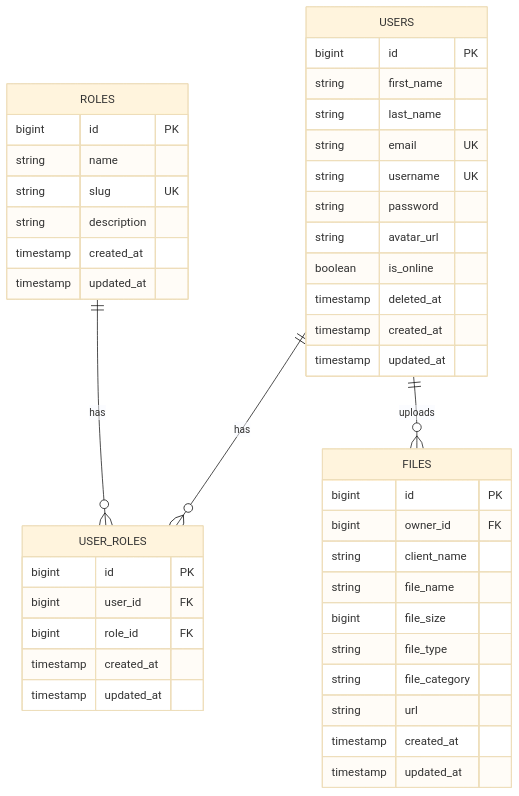
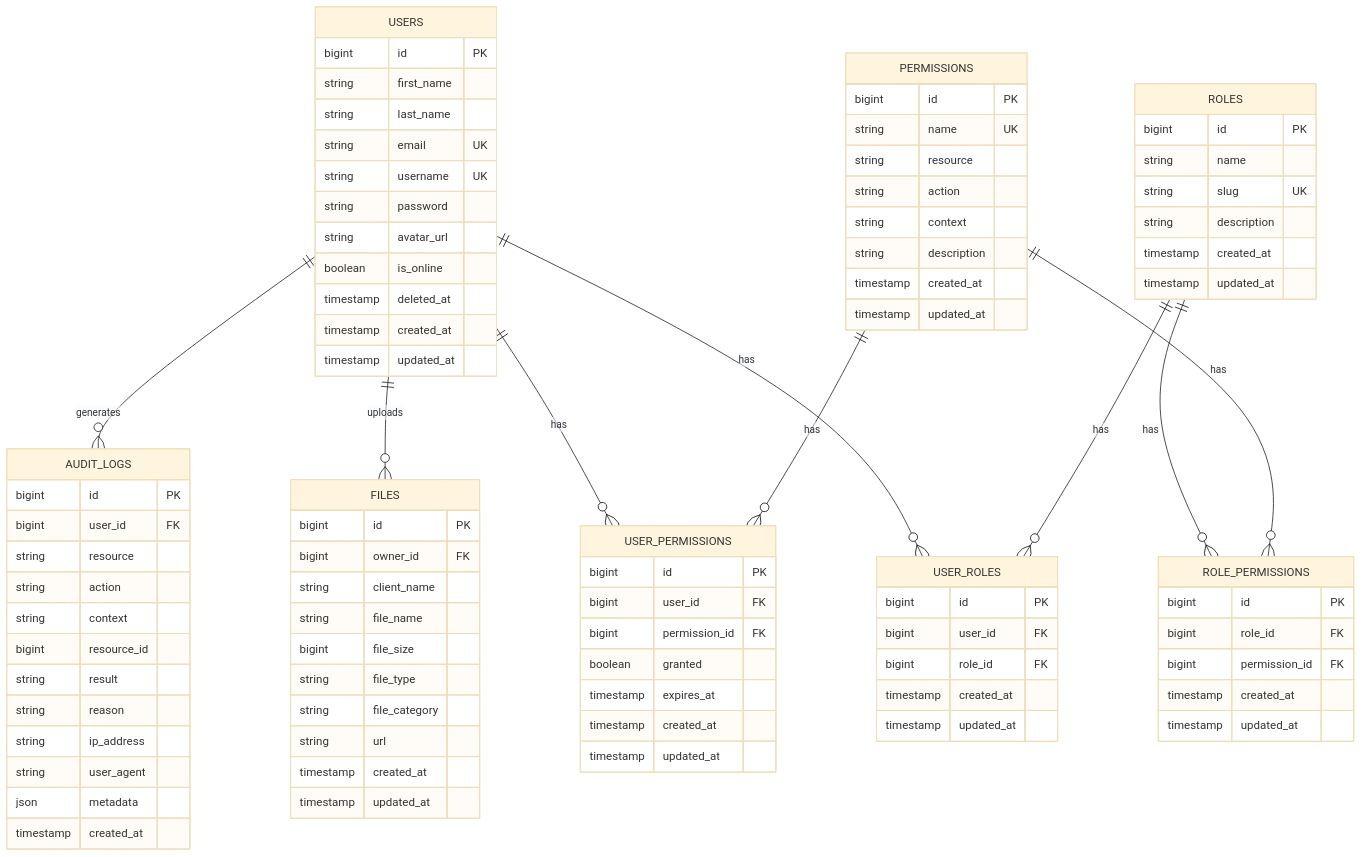
One commit to gabrielmaialva33/base-acl-api changed the fourth of 7 diagrams in README.md. Above: the diagram before and after it, drawn with Mermaid (base theme). The commit also changed other lines of this file and 1 other file, not shown here.

First line of the commit message:
docs: update README with advanced permission and audit details

```diff
--- a/README.md
+++ b/README.md
@@ -223,7 +240,12 @@
 erDiagram
     USERS ||--o{ USER_ROLES : has
     ROLES ||--o{ USER_ROLES : has
+    USERS ||--o{ USER_PERMISSIONS : has
     USERS ||--o{ FILES : uploads
+    ROLES ||--o{ ROLE_PERMISSIONS : has
+    PERMISSIONS ||--o{ ROLE_PERMISSIONS : has
+    PERMISSIONS ||--o{ USER_PERMISSIONS : has
+    USERS ||--o{ AUDIT_LOGS : generates
 
     USERS {
         bigint id PK
@@ -248,12 +270,56 @@
         timestamp updated_at
     }
 
+    PERMISSIONS {
+        bigint id PK
+        string name UK
+        string resource
+        string action
+        string context
+        string description
+        timestamp created_at
+        timestamp updated_at
+    }
+
     USER_ROLES {
         bigint id PK
         bigint user_id FK
         bigint role_id FK
         timestamp created_at
         timestamp updated_at
+    }
+
+    ROLE_PERMISSIONS {
+        bigint id PK
+        bigint role_id FK
+        bigint permission_id FK
+        timestamp created_at
+        timestamp updated_at
+    }
+
+    USER_PERMISSIONS {
+        bigint id PK
+        bigint user_id FK
+        bigint permission_id FK
+        boolean granted
+        timestamp expires_at
+        timestamp created_at
+        timestamp updated_at
+    }
+
+    AUDIT_LOGS {
+        bigint id PK
+        bigint user_id FK
+        string resource
+        string action
+        string context
+        bigint resource_id
+        string result
+        string reason
+        string ip_address
+        string user_agent
+        json metadata
+        timestamp created_at
     }
 
     FILES {
```
